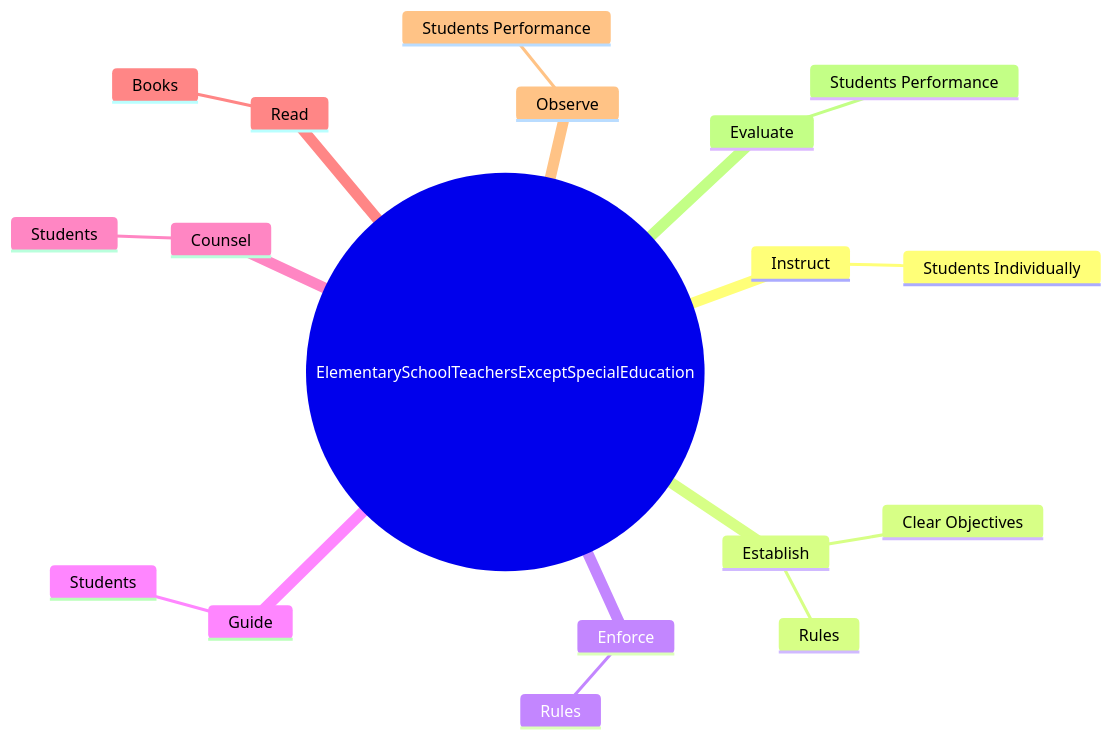
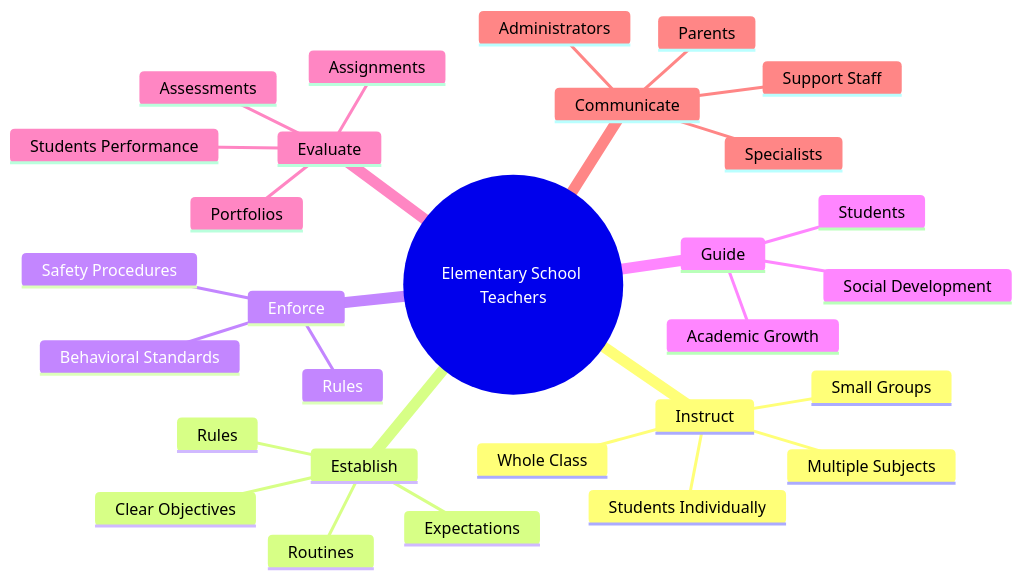
Before and after one commit to kziemski/business.org.ai: the second of 4 diagrams in occupations/Education/ElementarySchoolTeachersExceptSpecialEducation.mdx, drawn with Mermaid. The commit also changed other lines of this file and 938 other files, not shown here.

````diff
--- a/occupations/Education/ElementarySchoolTeachersExceptSpecialEducation.mdx
+++ b/occupations/Education/ElementarySchoolTeachersExceptSpecialEducation.mdx
@@ -37,21 +45,32 @@
 ```mermaid
 mindmap
-    root(("ElementarySchoolTeachersExceptSpecialEducation"))
+    root(("Elementary School Teachers"))
         Instruct
             Students Individually
+            Small Groups
+            Whole Class
+            Multiple Subjects
         Establish
             Rules
             Clear Objectives
+            Routines
+            Expectations
         Enforce
             Rules
+            Behavioral Standards
+            Safety Procedures
         Guide
             Students
-        Counsel
-            Students
-        Read
-            Books
-        Observe
-            Students Performance
+            Social Development
+            Academic Growth
         Evaluate
             Students Performance
+            Assignments
+            Assessments
+            Portfolios
+        Communicate
+            Parents
+            Specialists
+            Administrators
+            Support Staff
 ```
````
